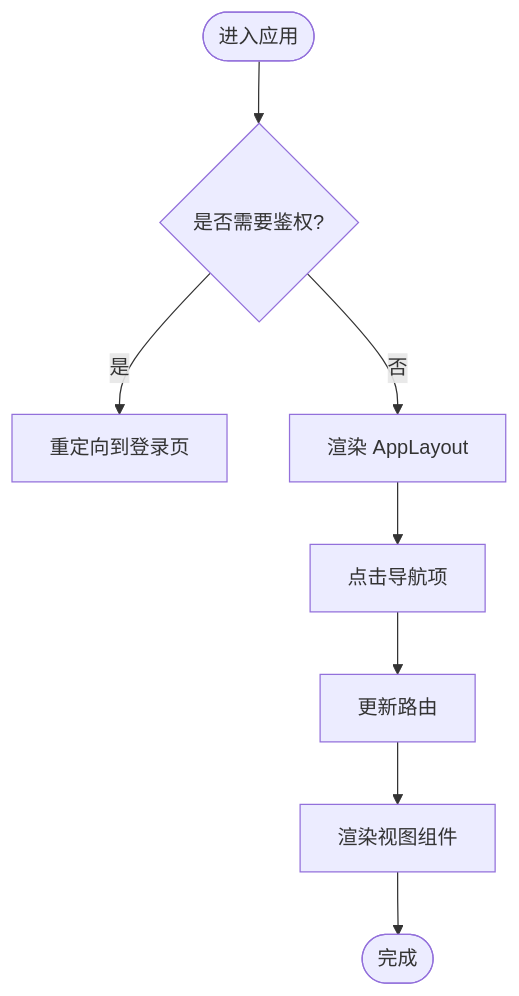
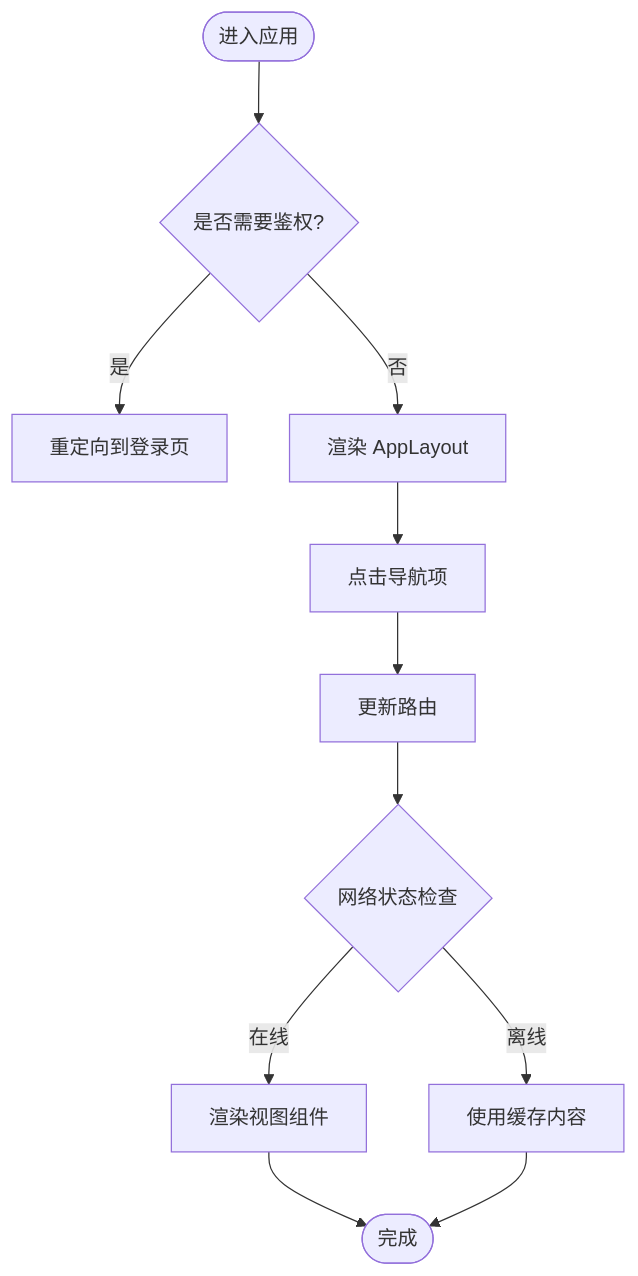
Before and after one commit to xufuyu/Lumen: the fourth of 7 diagrams in .qoder/repowiki/zh/content/前端开发/组件系统/布局组件.md, drawn with Mermaid. The commit also changed other lines of this file and 43 other files, not shown here.

````diff
--- a/.qoder/repowiki/zh/content/前端开发/组件系统/布局组件.md
+++ b/.qoder/repowiki/zh/content/前端开发/组件系统/布局组件.md
@@ -145,10 +178,13 @@
 ```mermaid
 flowchart TD
 Start(["进入应用"]) --> CheckAuth{"是否需要鉴权?"}
 CheckAuth --> |是| Redirect["重定向到登录页"]
 CheckAuth --> |否| RenderLayout["渲染 AppLayout"]
 RenderLayout --> NavClick["点击导航项"]
 NavClick --> UpdateRoute["更新路由"]
-UpdateRoute --> RenderView["渲染视图组件"]
+UpdateRoute --> CheckNetwork{"网络状态检查"}
+CheckNetwork --> |在线| RenderView["渲染视图组件"]
+CheckNetwork --> |离线| UseCache["使用缓存内容"]
 RenderView --> End(["完成"])
+UseCache --> End
 ```
````
